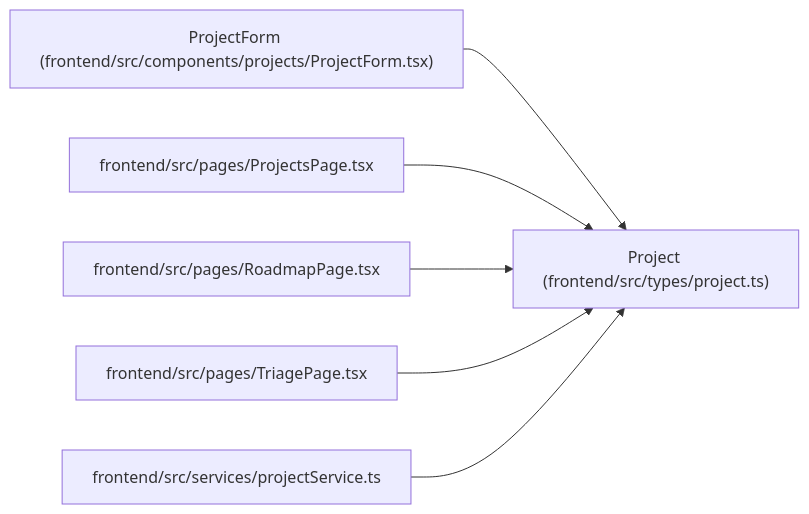
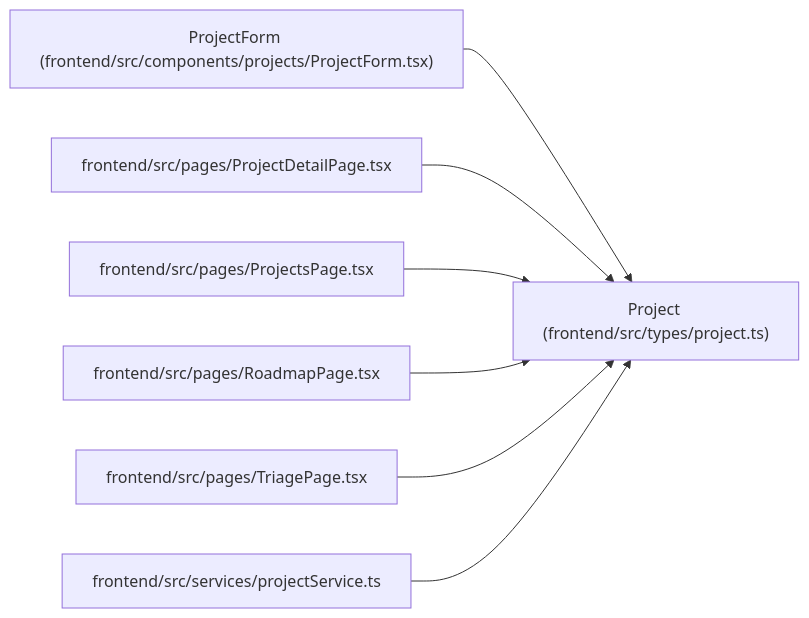
One commit to Denissvgn/WorkChord changed the diagram in docs/llm_wiki/entities/types_project_Project.md. Above: the diagram before and after it, drawn with Mermaid. The commit also changed other lines of this file and 10148 other files, not shown here.

````diff
--- a/docs/llm_wiki/entities/types_project_Project.md
+++ b/docs/llm_wiki/entities/types_project_Project.md
@@ -41,20 +41,23 @@
 ```mermaid
 flowchart LR
     n0["Project (frontend/src/types/project.ts)"]
     n1["ProjectForm (frontend/src/components/projects/ProjectForm.tsx)"]
-    n2["frontend/src/pages/ProjectsPage.tsx"]
-    n3["frontend/src/pages/RoadmapPage.tsx"]
-    n4["frontend/src/pages/TriagePage.tsx"]
-    n5["frontend/src/services/projectService.ts"]
+    n2["frontend/src/pages/ProjectDetailPage.tsx"]
+    n3["frontend/src/pages/ProjectsPage.tsx"]
+    n4["frontend/src/pages/RoadmapPage.tsx"]
+    n5["frontend/src/pages/TriagePage.tsx"]
+    n6["frontend/src/services/projectService.ts"]
     n1 --> n0
     n2 --> n0
     n3 --> n0
     n4 --> n0
     n5 --> n0
+    n6 --> n0
     click n0 "../modules/types_project.md"
     click n1 "../modules/ProjectForm.md"
-    click n2 "../modules/ProjectsPage.md"
-    click n3 "../modules/RoadmapPage.md"
-    click n4 "../modules/TriagePage.md"
-    click n5 "../modules/projectService.md"
+    click n2 "../modules/ProjectDetailPage.md"
+    click n3 "../modules/ProjectsPage.md"
+    click n4 "../modules/RoadmapPage.md"
+    click n5 "../modules/TriagePage.md"
+    click n6 "../modules/projectService.md"
 ```
````
